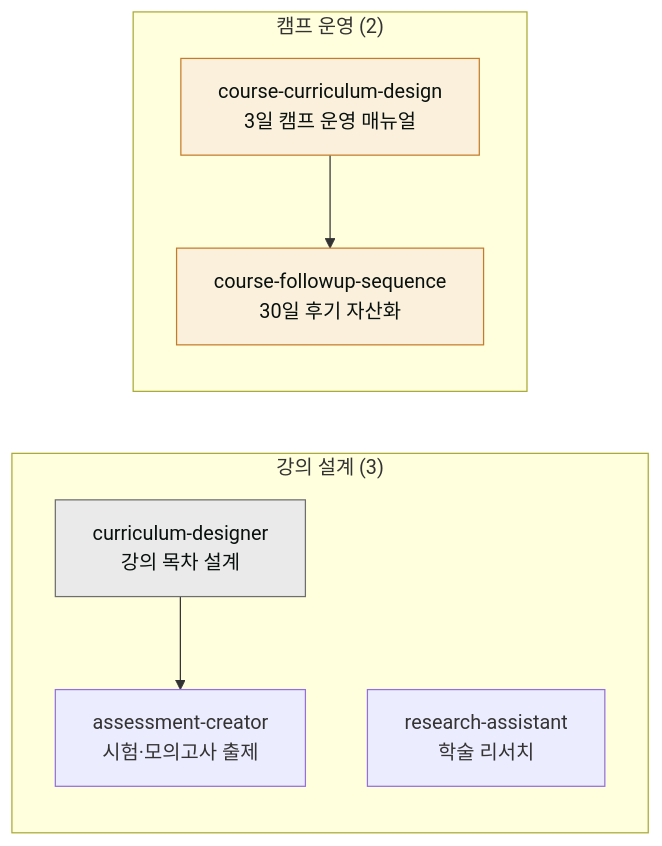
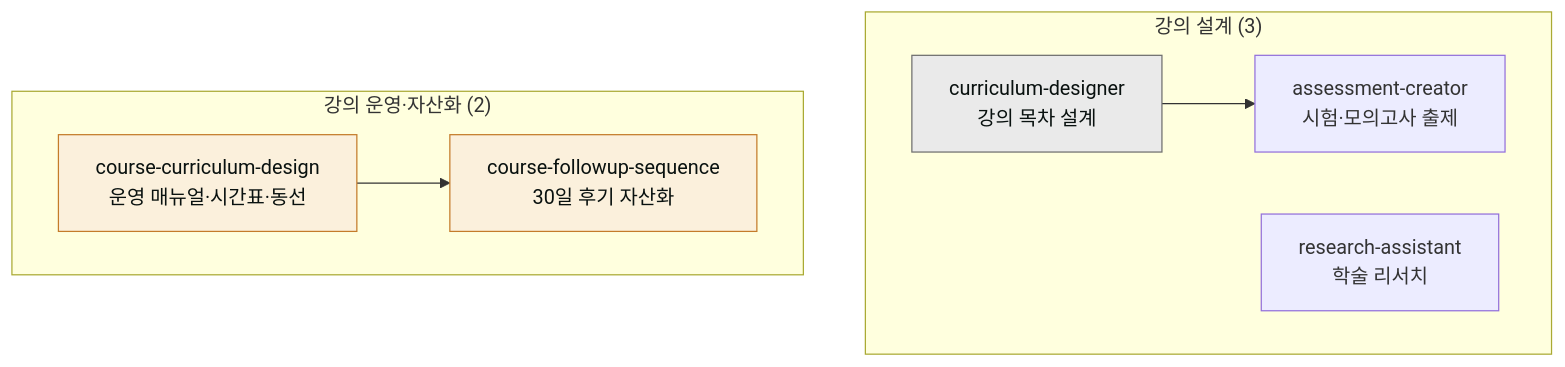
The diagram in content/plugins/moai-education.md (modu-ai/claude), drawn with Mermaid before and after one commit. The commit also changed other lines of this file and 92 other files, not shown here.

````diff
--- a/content/plugins/moai-education.md
+++ b/content/plugins/moai-education.md
@@ -13,17 +13,17 @@
 ```mermaid
-flowchart LR
-    subgraph 기존["강의 설계 (3)"]
+flowchart TD
+    subgraph 설계["강의 설계 (3)"]
         A["curriculum-designer<br/>강의 목차 설계"]
         B["assessment-creator<br/>시험·모의고사 출제"]
         C["research-assistant<br/>학술 리서치"]
     end
-    subgraph 신규["캠프 운영 (2)"]
-        D["course-curriculum-design<br/>3일 캠프 운영 매뉴얼"]
+    subgraph 운영["강의 운영·자산화 (2)"]
+        D["course-curriculum-design<br/>운영 매뉴얼·시간표·동선"]
         E["course-followup-sequence<br/>30일 후기 자산화"]
     end
     A --> B
     D --> E
     style A fill:#eaeaea,stroke:#6e6e6e,color:#09110f
     style D fill:#fbf0dc,stroke:#c47b2a,color:#09110f
     style E fill:#fbf0dc,stroke:#c47b2a,color:#09110f
 ```
````
